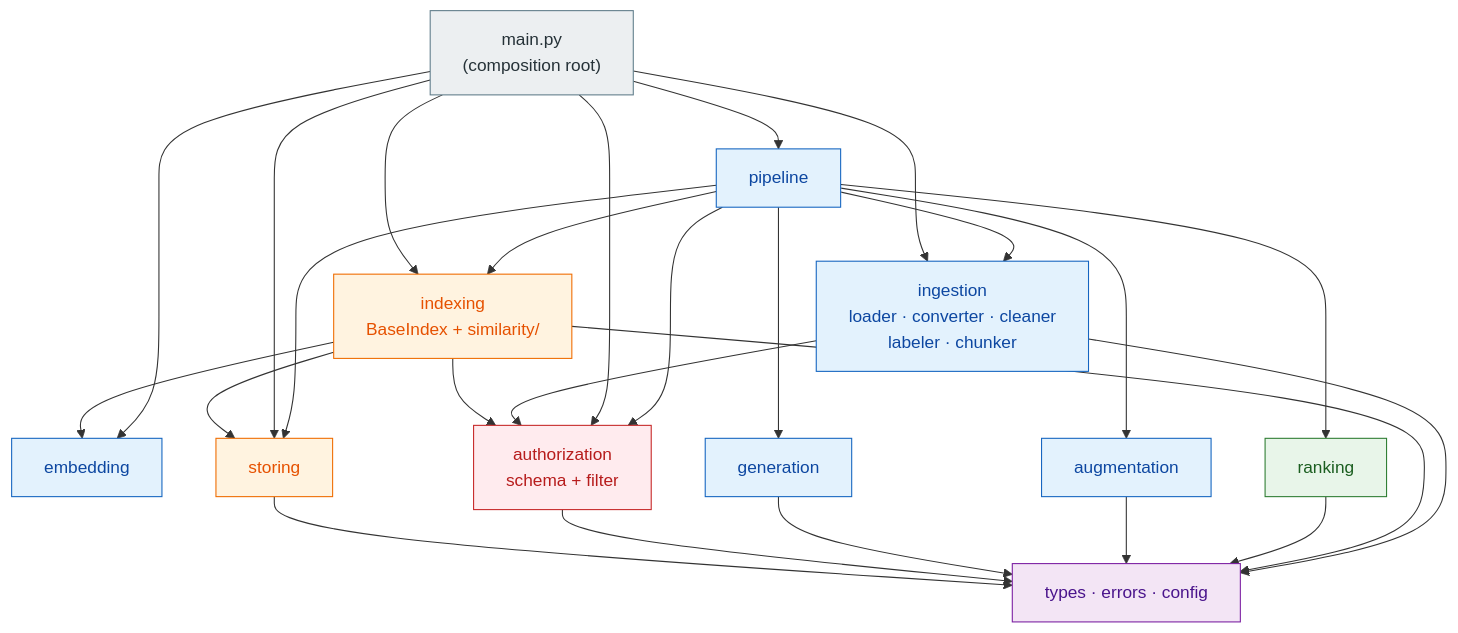
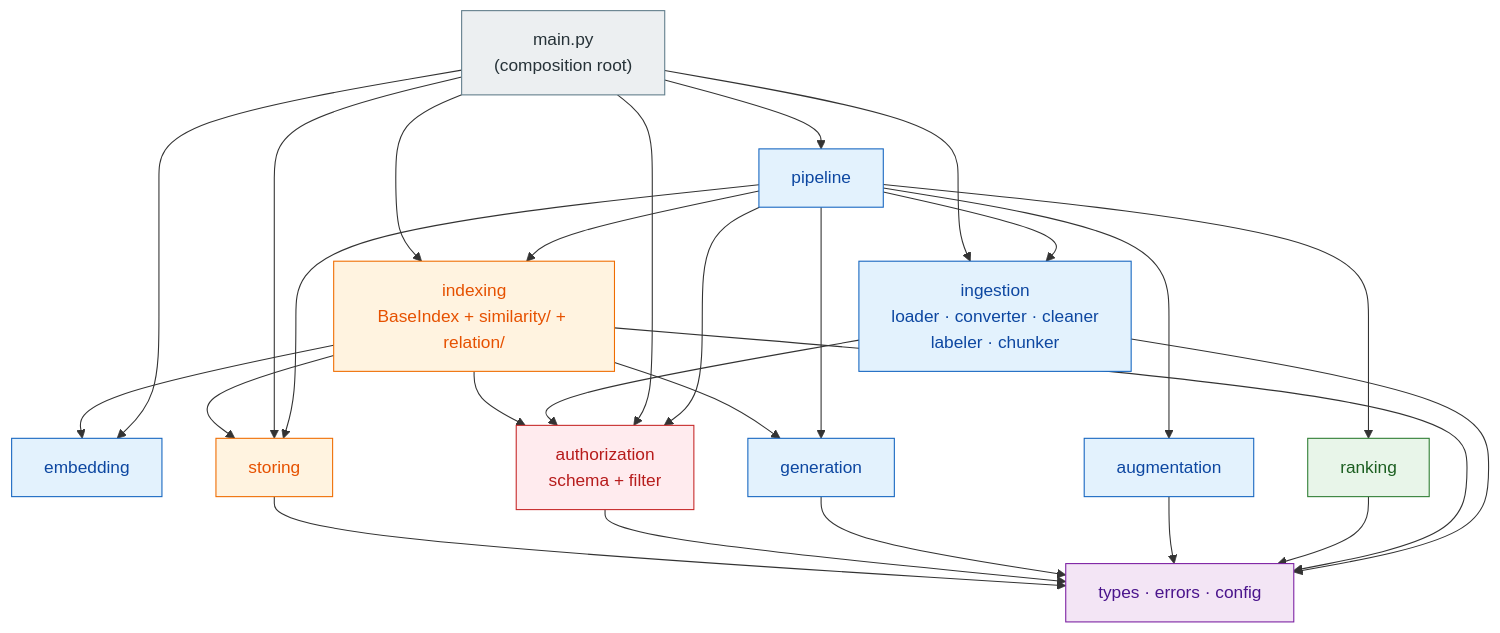
Before and after one commit to DavideFricano/auth-rag: the first of 3 diagrams in docs/architecture.md, drawn with Mermaid. The commit also changed other lines of this file and 3 other files, not shown here.

First line of the commit message:
docs(graph): from planned to built, and what is still owed

````diff
--- a/docs/architecture.md
+++ b/docs/architecture.md
@@ -122,36 +127,36 @@
 ```mermaid
 flowchart TB
     CR["main.py<br>(composition root)"]:::root
     PL["pipeline"]:::step
 
     ING["ingestion<br>loader · converter · cleaner<br>labeler · chunker"]:::step
     EM["embedding"]:::step
-    IX["indexing<br>BaseIndex + similarity/"]:::store
+    IX["indexing<br>BaseIndex + similarity/ + relation/"]:::store
     ST["storing"]:::store
     RK["ranking"]:::rank
     AU["augmentation"]:::step
     LM["generation"]:::step
 
     AZ["authorization<br>schema + filter"]:::policy
     TY["types · errors · config"]:::base
 
     CR --> PL
     PL --> ING & IX & ST & RK & AU & LM & AZ
     CR --> ING & IX & EM & ST & AZ
     ING --> AZ
-    IX --> AZ & ST & EM
+    IX --> AZ & ST & EM & LM
     ING --> TY
     IX --> TY
     RK --> TY
     AU --> TY
     LM --> TY
     AZ --> TY
     ST --> TY
 
     classDef root fill:#eceff1,stroke:#607d8b,color:#263238
     classDef step fill:#e3f2fd,stroke:#1565c0,color:#0d47a1
     classDef rank fill:#e8f5e9,stroke:#2e7d32,color:#1b5e20
     classDef store fill:#fff3e0,stroke:#ef6c00,color:#e65100
     classDef policy fill:#ffebee,stroke:#c62828,color:#b71c1c
     classDef base fill:#f3e5f5,stroke:#7b1fa2,color:#4a148c
 ```
````
